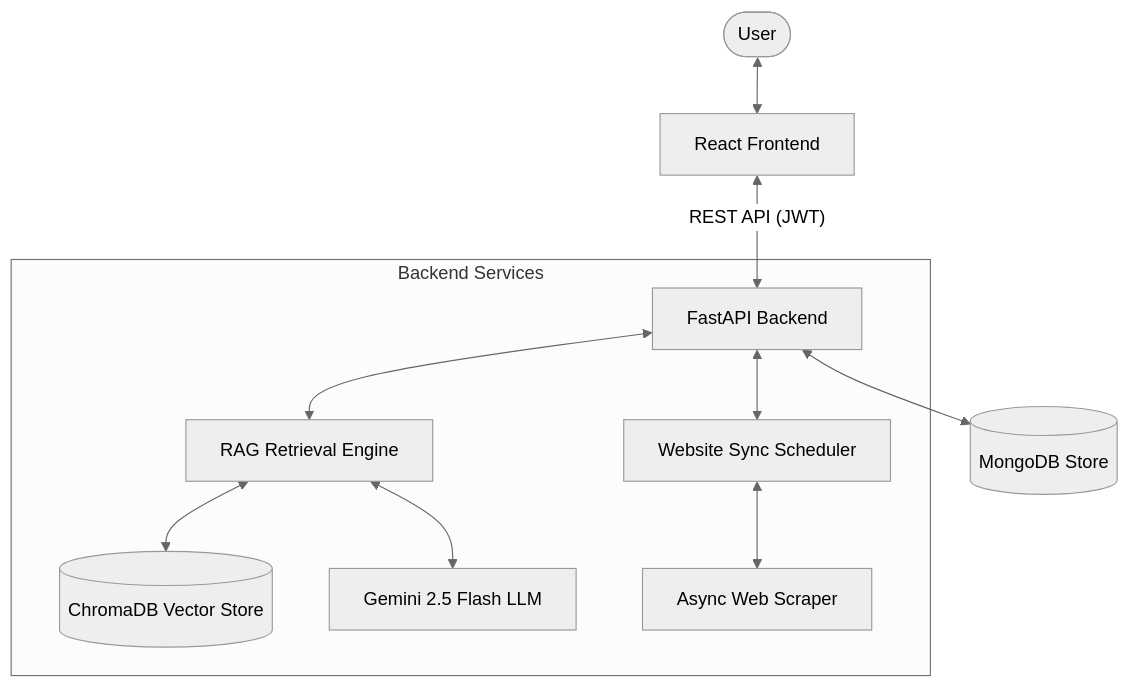
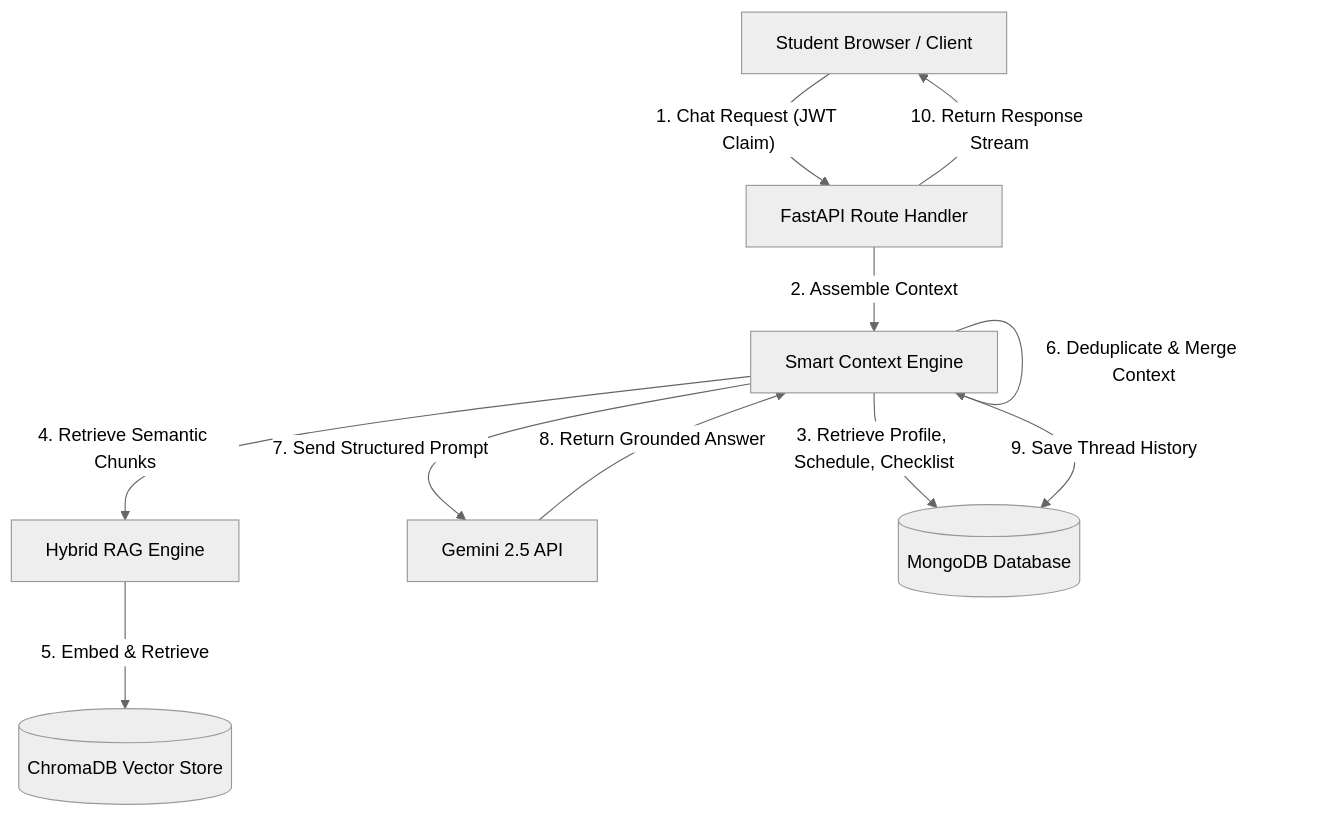
Before and after one commit to Anugrahbhuinya/BITAtlas: the first of 3 diagrams in docs/architecture.md, drawn with Mermaid (neutral theme). The commit also changed other lines of this file and 29 other files, not shown here.

````diff
--- a/docs/architecture.md
+++ b/docs/architecture.md
@@ -19,15 +11,22 @@
 ```mermaid
 graph TD
-    User([User]) <--> Frontend[React Frontend]
-    Frontend <-->|"REST API (JWT)"| Backend[FastAPI Backend]
+    Client[Student Browser / Client]
+    Router[FastAPI Route Handler]
+    ContextEngine[Smart Context Engine]
+    RAG[Hybrid RAG Engine]
+    LLM[Gemini 2.5 API]
+    Mongo[(MongoDB Database)]
+    Chroma[(ChromaDB Vector Store)]
+
+    Client -->|"1. Chat Request (JWT Claim)"| Router
+    Router -->|"2. Assemble Context"| ContextEngine
+    ContextEngine -->|"3. Retrieve Profile, Schedule, Checklist"| Mongo
+    ContextEngine -->|"4. Retrieve Semantic Chunks"| RAG
+    RAG -->|"5. Embed & Retrieve"| Chroma
     
-    subgraph Backend Services
-        Backend <--> RAG[RAG Retrieval Engine]
-        Backend <--> Sync[Website Sync Scheduler]
-        RAG <--> VectorStore[(ChromaDB Vector Store)]
-        RAG <--> Gemini[Gemini 2.5 Flash LLM]
-        Sync <--> Crawler[Async Web Scraper]
-    end
-    
-    Backend <--> DB[(MongoDB Store)]
+    ContextEngine -->|"6. Deduplicate & Merge Context"| ContextEngine
+    ContextEngine -->|"7. Send Structured Prompt"| LLM
+    LLM -->|"8. Return Grounded Answer"| ContextEngine
+    ContextEngine -->|"9. Save Thread History"| Mongo
+    Router -->|"10. Return Response Stream"| Client
 ```
````
